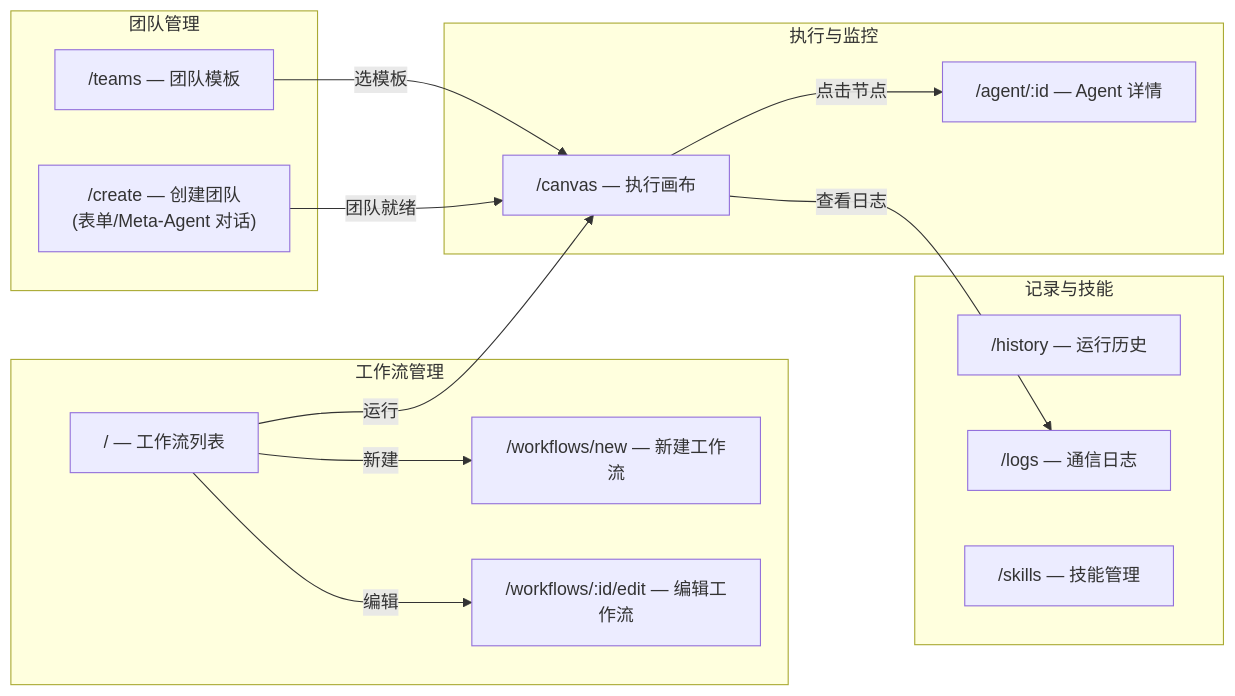
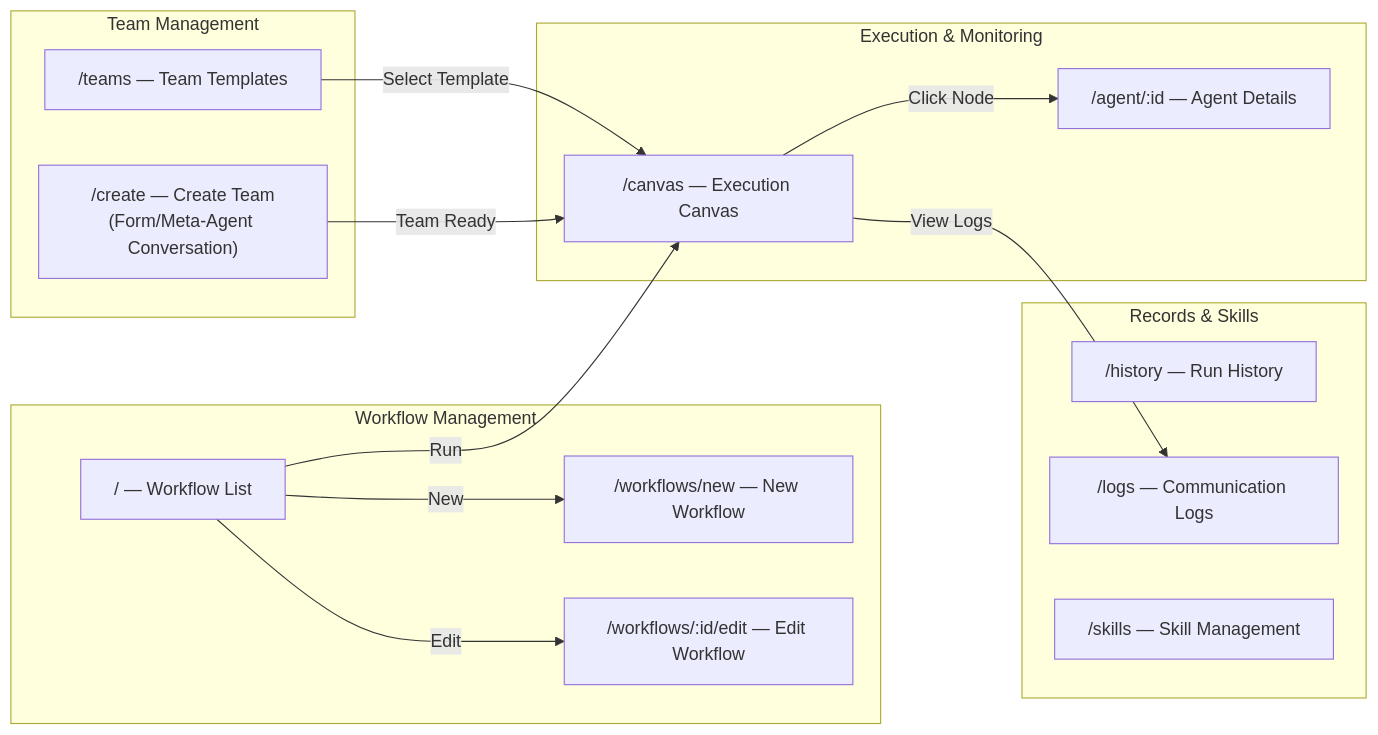
The sixth of 10 diagrams in docs/design.md (lchaoer/Polygents), drawn with Mermaid before and after one commit. The commit also changed other lines of this file and 4 other files, not shown here.

````diff
--- a/docs/design.md
+++ b/docs/design.md
@@ -425,32 +425,32 @@
 ```mermaid
 graph LR
-    subgraph "工作流管理"
-        P0["/  — 工作流列表"]
-        P0N["/workflows/new — 新建工作流"]
-        P0E["/workflows/:id/edit — 编辑工作流"]
+    subgraph "Workflow Management"
+        P0["/  — Workflow List"]
+        P0N["/workflows/new — New Workflow"]
+        P0E["/workflows/:id/edit — Edit Workflow"]
     end
 
-    subgraph "团队管理"
-        P1["/teams — 团队模板"]
-        P2["/create — 创建团队<br/>(表单/Meta-Agent 对话)"]
+    subgraph "Team Management"
+        P1["/teams — Team Templates"]
+        P2["/create — Create Team<br/>(Form/Meta-Agent Conversation)"]
     end
 
-    subgraph "执行与监控"
-        P3["/canvas — 执行画布"]
-        P4["/agent/:id — Agent 详情"]
+    subgraph "Execution & Monitoring"
+        P3["/canvas — Execution Canvas"]
+        P4["/agent/:id — Agent Details"]
     end
 
-    subgraph "记录与技能"
-        P5["/history — 运行历史"]
-        P6["/logs — 通信日志"]
-        P7["/skills — 技能管理"]
+    subgraph "Records & Skills"
+        P5["/history — Run History"]
+        P6["/logs — Communication Logs"]
+        P7["/skills — Skill Management"]
     end
 
-    P0 -->|"运行"| P3
-    P0 -->|"新建"| P0N
-    P0 -->|"编辑"| P0E
-    P1 -->|"选模板"| P3
-    P2 -->|"团队就绪"| P3
-    P3 -->|"点击节点"| P4
-    P3 -->|"查看日志"| P6
+    P0 -->|"Run"| P3
+    P0 -->|"New"| P0N
+    P0 -->|"Edit"| P0E
+    P1 -->|"Select Template"| P3
+    P2 -->|"Team Ready"| P3
+    P3 -->|"Click Node"| P4
+    P3 -->|"View Logs"| P6
 ```
````
